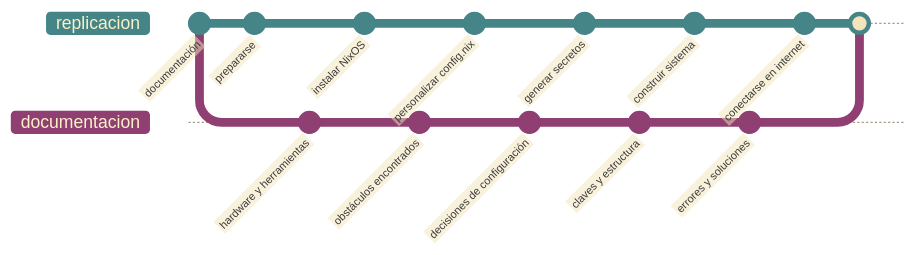
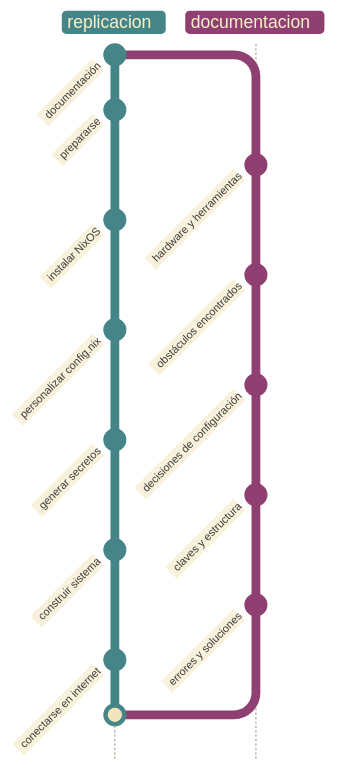
The diagram in base_de_conocimientos/midu/replicación.md (alfabeto-digital/conspiratorios_populares_de_las_soberanias), drawn with Mermaid before and after one commit. The commit also changed other lines of this file and 8 other files, not shown here.

````diff
--- a/base_de_conocimientos/midu/replicación.md
+++ b/base_de_conocimientos/midu/replicación.md
@@ -105,29 +105,29 @@
 ```mermaid
 %%{init: {'theme': 'base', 'gitGraph': {'mainBranchName': 'replicacion'}, 'themeVariables': {'background': '#fbf1c7', 'primaryColor': '#f2e5bc', 'primaryBorderColor': '#3c3836', 'primaryTextColor': '#3c3836', 'lineColor': '#a89984', 'git0': '#458588', 'git1': '#8f3f71', 'git2': '#427b58', 'git3': '#b57614', 'git4': '#cc241d', 'git5': '#b57614', 'git6': '#d65d0e', 'git7': '#cc241d', 'gitBranchLabel0': '#fbf1c7', 'gitBranchLabel1': '#fbf1c7', 'gitBranchLabel2': '#fbf1c7', 'gitBranchLabel3': '#fbf1c7', 'gitBranchLabel4': '#fbf1c7', 'gitBranchLabel5': '#fbf1c7', 'gitBranchLabel6': '#fbf1c7', 'gitBranchLabel7': '#fbf1c7', 'gitInv0': '#fbf1c7', 'gitInv1': '#fbf1c7', 'gitInv2': '#fbf1c7', 'gitInv3': '#fbf1c7', 'gitInv4': '#fbf1c7', 'gitInv5': '#fbf1c7', 'gitInv6': '#fbf1c7', 'gitInv7': '#fbf1c7', 'commitLabelBackground': '#f2e5bc', 'commitLabelColor': '#3c3836'}}}%%
-gitGraph
+gitGraph TB:
   commit id: "documentación"
   branch documentacion
   checkout replicacion
   commit id: "prepararse"
   checkout documentacion
   commit id: "hardware y herramientas"
   checkout replicacion
   commit id: "instalar NixOS"
   checkout documentacion
   commit id: "obstáculos encontrados"
   checkout replicacion
   commit id: "personalizar config.nix"
   checkout documentacion
   commit id: "decisiones de configuración"
   checkout replicacion
   commit id: "generar secretos"
   checkout documentacion
   commit id: "claves y estructura"
   checkout replicacion
   commit id: "construir sistema"
   checkout documentacion
   commit id: "errores y soluciones"
   checkout replicacion
   commit id: "conectarse en internet"
   merge documentacion
 ```
````
